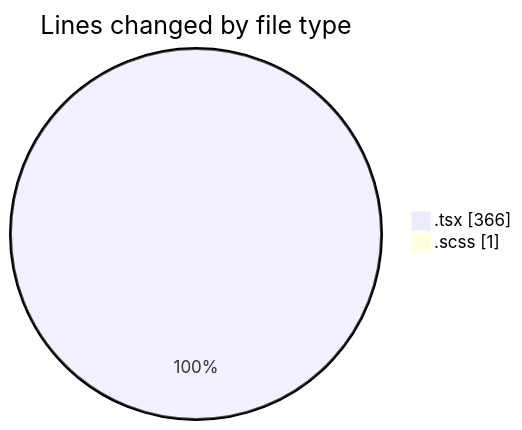
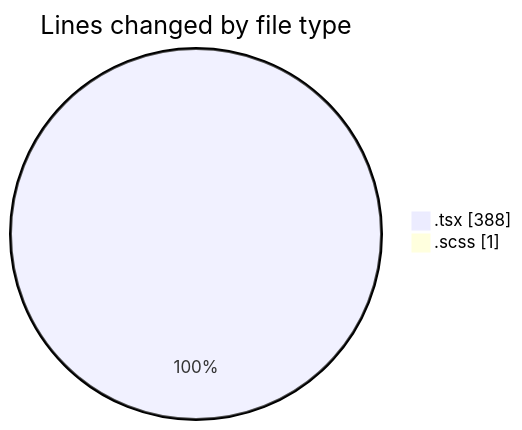
The first of 2 diagrams in 2025-03-19/cda/README.md (momahboobian/code-tracking), drawn with Mermaid before and after one commit. The commit also changed other lines of this file and 1 other file, not shown here.

````diff
--- a/2025-03-19/cda/README.md
+++ b/2025-03-19/cda/README.md
@@ -23,6 +23,6 @@
 ```mermaid
 pie showData
 title Lines changed by file type
-".tsx" : 366
+".tsx" : 388
 ".scss" : 1
 ```
````
